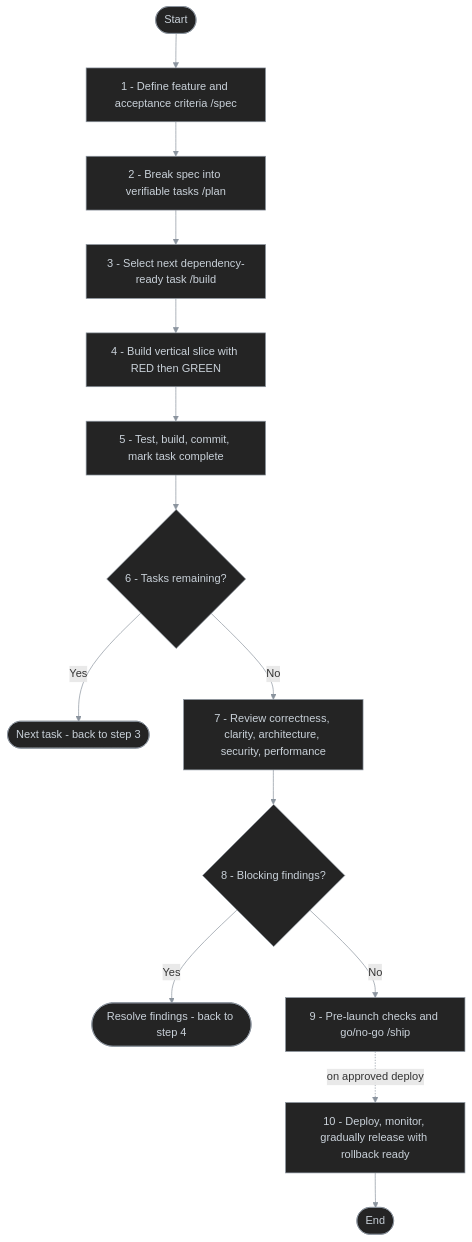
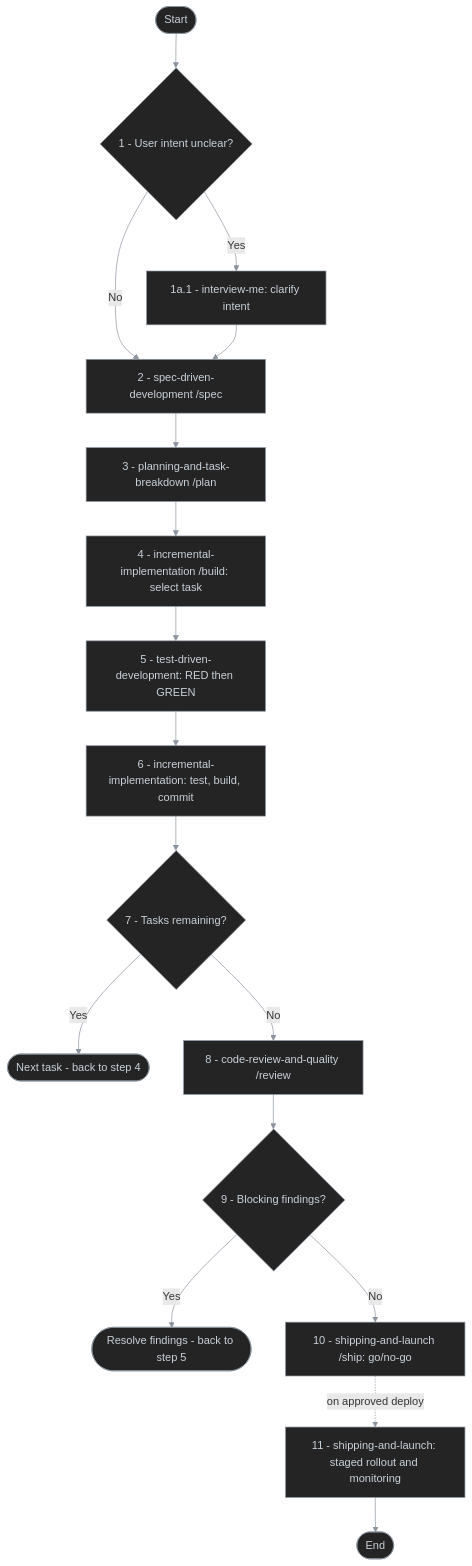
The first of 3 diagrams in docs/research/feature-development-lifecycles-2026-11-01.md (antshc/brain), drawn with Mermaid before and after one commit. The commit also changed other lines of this file, not shown here.

Commit message:
docs(research): label lifecycle flowcharts with skill names

````diff
--- a/docs/research/feature-development-lifecycles-2026-11-01.md
+++ b/docs/research/feature-development-lifecycles-2026-11-01.md
@@ -35,28 +36,32 @@
 ```mermaid
 %%{init: {'themeVariables': {'lineColor': '#8b949e'}}}%%
 %% diagram-id: addy-feature-development-flow
 flowchart TD
     start(["Start"])
-    spec["1 - Define feature and acceptance criteria /spec"]
-    plan["2 - Break spec into verifiable tasks /plan"]
-    task["3 - Select next dependency-ready task /build"]
-    build["4 - Build vertical slice with RED then GREEN"]
-    verify["5 - Test, build, commit, mark task complete"]
-    remaining{"6 - Tasks remaining?"}
-    next(["Next task - back to step 3"])
-    review["7 - Review correctness, clarity, architecture, security, performance"]
-    blockers{"8 - Blocking findings?"}
-    fix(["Resolve findings - back to step 4"])
-    ship["9 - Pre-launch checks and go/no-go /ship"]
-    rollout["10 - Deploy, monitor, gradually release with rollback ready"]
+    unclear{"1 - User intent unclear?"}
+    interview["1a.1 - interview-me: clarify intent"]
+    spec["2 - spec-driven-development /spec"]
+    plan["3 - planning-and-task-breakdown /plan"]
+    task["4 - incremental-implementation /build: select task"]
+    build["5 - test-driven-development: RED then GREEN"]
+    verify["6 - incremental-implementation: test, build, commit"]
+    remaining{"7 - Tasks remaining?"}
+    next(["Next task - back to step 4"])
+    review["8 - code-review-and-quality /review"]
+    blockers{"9 - Blocking findings?"}
+    fix(["Resolve findings - back to step 5"])
+    ship["10 - shipping-and-launch /ship: go/no-go"]
+    rollout["11 - shipping-and-launch: staged rollout and monitoring"]
     done(["End"])
 
-    start --> spec --> plan --> task --> build --> verify --> remaining
+    start --> unclear
+    unclear -- No --> spec --> plan --> task --> build --> verify --> remaining
     remaining -- No --> review --> blockers
     blockers -- No --> ship
     ship -. "on approved deploy" .-> rollout --> done
+    unclear -- Yes --> interview --> spec
     remaining -- Yes --> next
     blockers -- Yes --> fix
 
     classDef default fill:#242424,stroke:#8b949e,color:#c9d1d9,stroke-width:1px
 ```
````
